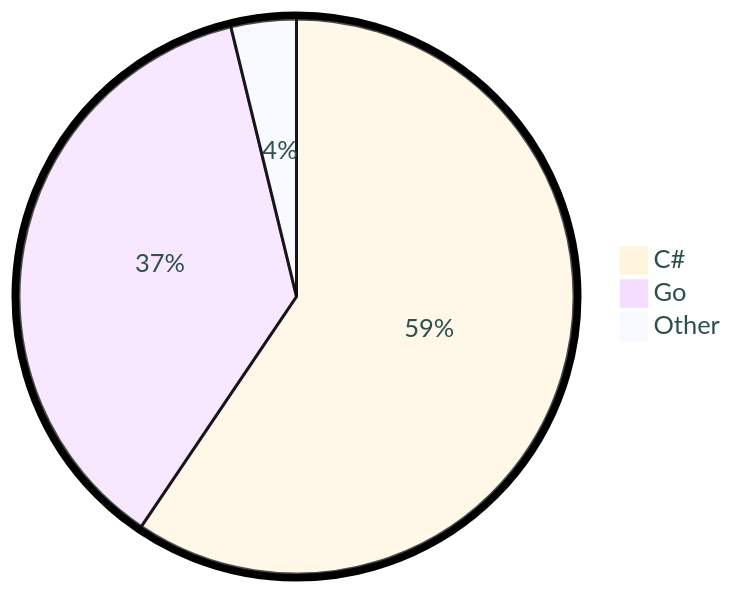
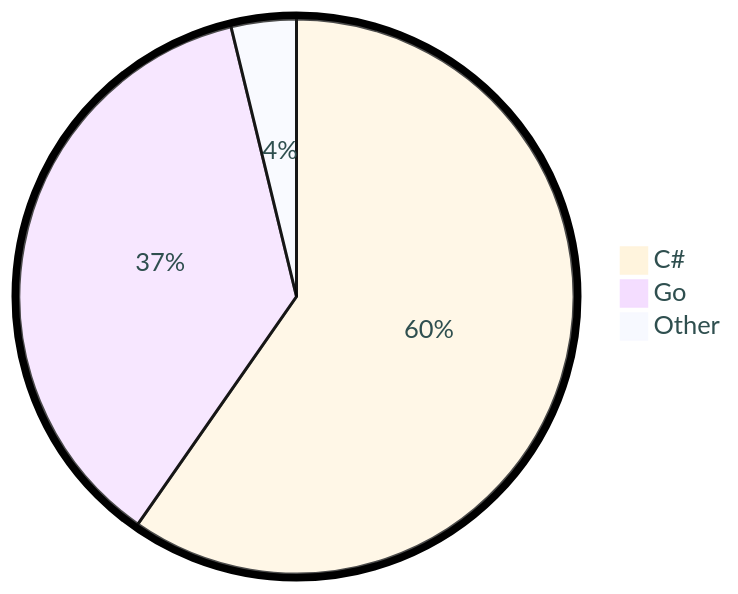
Before and after one commit to tot0p/tot0p: the diagram in README.md, drawn with Mermaid. The commit also changed other lines of this file, not shown here.

````diff
--- a/README.md
+++ b/README.md
@@ -72,7 +72,7 @@
 ```mermaid
 %%{init: {"pie": {"textPosition": 0.5}, "themeVariables": {"pieOuterStrokeWidth": "5px","primaryTextColor" : "#2F4F4F"},"theme":"base"} }%%
 pie
-	"C#": 59.44
-	"Go": 36.75
-	"Other": 3.8
+	"C#": 59.69
+	"Go": 36.53
+	"Other": 3.79
 ```
````
